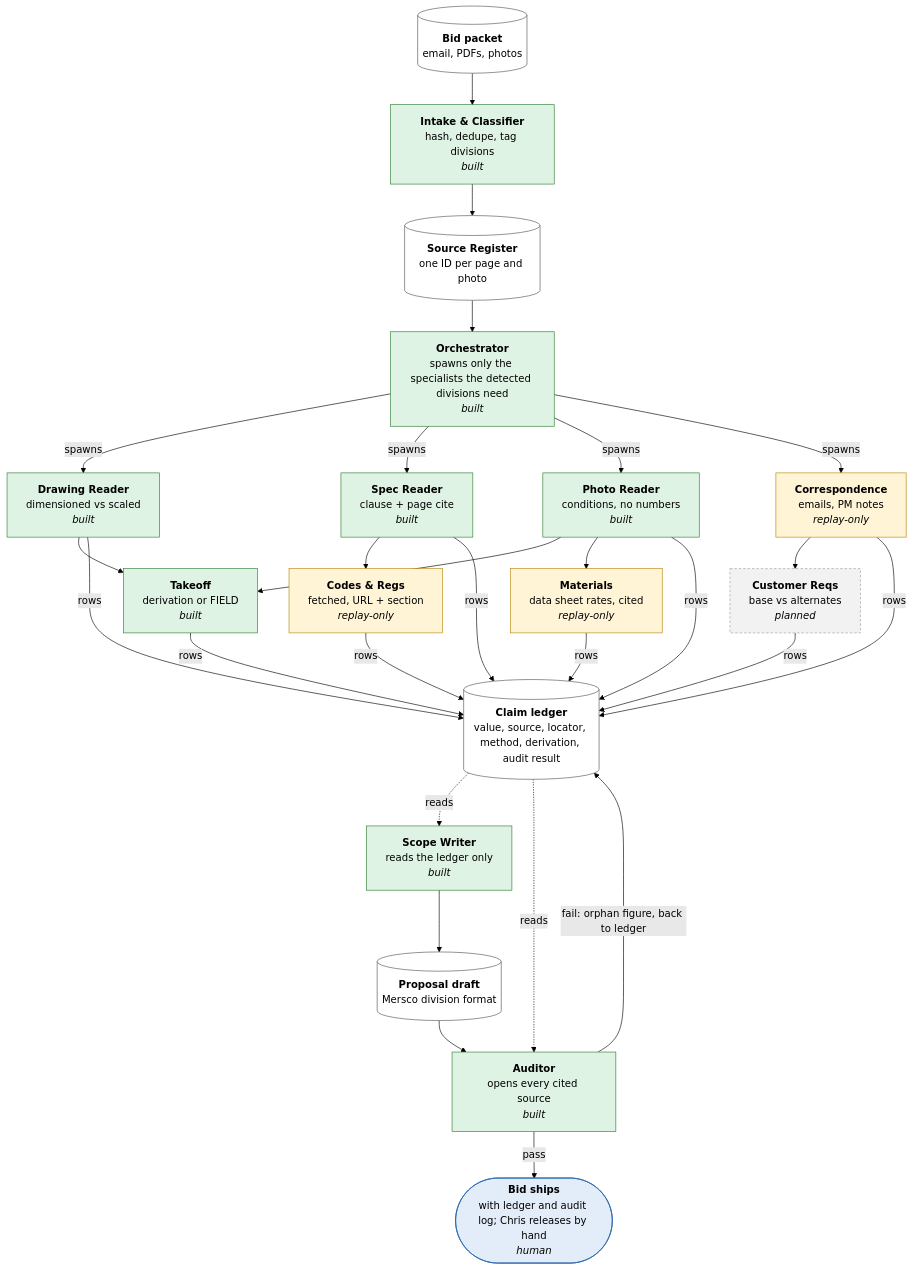
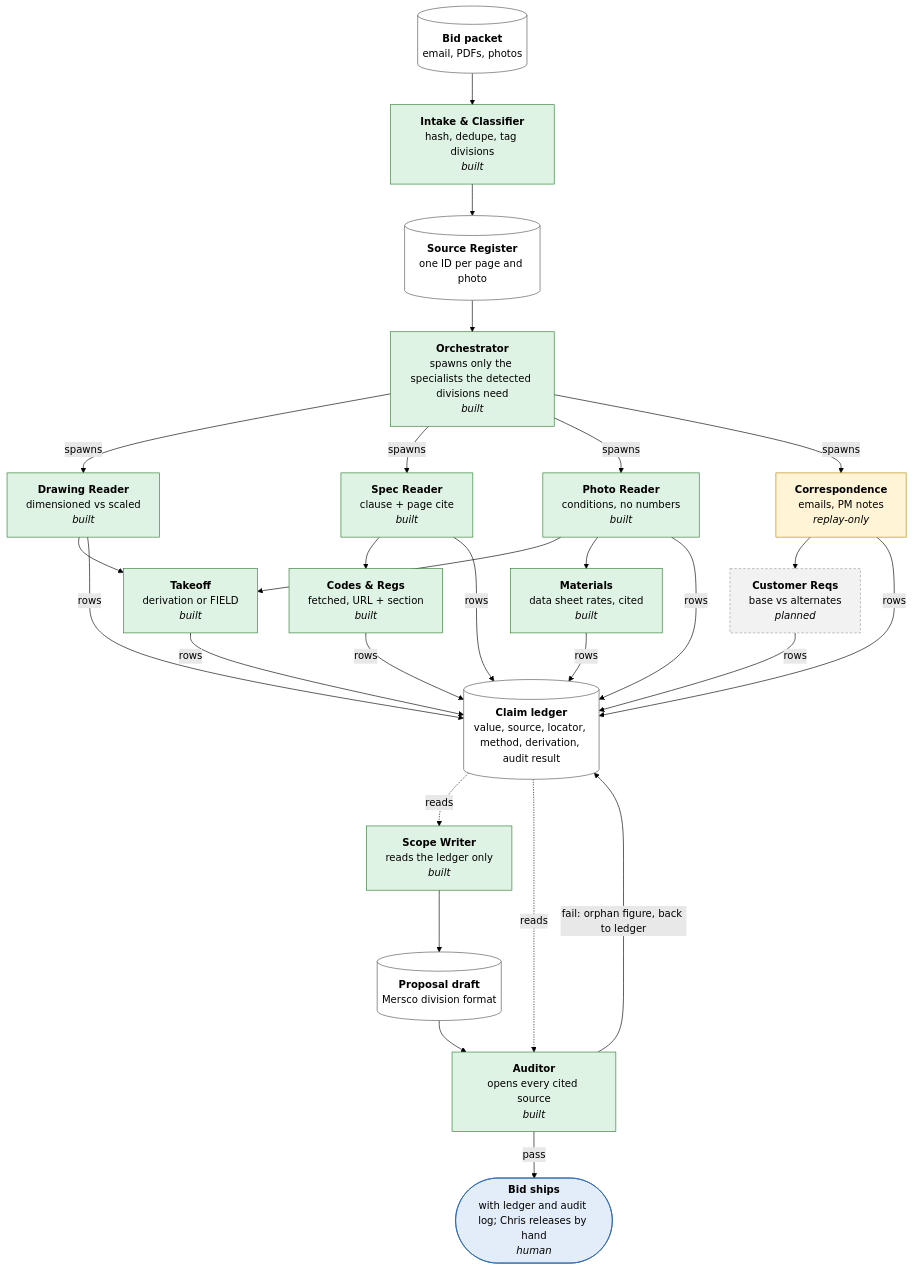
One commit to ScottyN000/ChrisBids changed the diagram in docs/pipeline-dag.md. Above: the diagram before and after it, drawn with Mermaid (forest theme). The commit also changed other lines of this file and 2 other files, not shown here.

Commit message:
Phase 4: Codes & Regs and Materials are built; the live web gate passes
Live web gate on bb93e51 (run 37830835705) passed both jobs with every
compared ask answered: Nantucket 16 of 16, Ocean Beach 15 of 15, no wrong
answer. The DAG marks both agents built, and the README describes the spare
runs and the gate as they now are.

Claude-Session: https://claude.ai/code/session_018PfaY6A4eZgfeXMf5PfgK5

````diff
--- a/docs/pipeline-dag.md
+++ b/docs/pipeline-dag.md
@@ -9,56 +9,56 @@
 ```mermaid
 flowchart TD
     packet[("<b>Bid packet</b><br/>email, PDFs, photos")]
     intake["<b>Intake & Classifier</b><br/>hash, dedupe, tag divisions<br/><i>built</i>"]
     register[("<b>Source Register</b><br/>one ID per page and photo")]
     orchestrator["<b>Orchestrator</b><br/>spawns only the specialists the detected divisions need<br/><i>built</i>"]
     drawing["<b>Drawing Reader</b><br/>dimensioned vs scaled<br/><i>built</i>"]
     spec["<b>Spec Reader</b><br/>clause + page cite<br/><i>built</i>"]
     photo["<b>Photo Reader</b><br/>conditions, no numbers<br/><i>built</i>"]
     correspondence["<b>Correspondence</b><br/>emails, PM notes<br/><i>replay-only</i>"]
     takeoff["<b>Takeoff</b><br/>derivation or FIELD<br/><i>built</i>"]
-    codes["<b>Codes & Regs</b><br/>fetched, URL + section<br/><i>replay-only</i>"]
-    materials["<b>Materials</b><br/>data sheet rates, cited<br/><i>replay-only</i>"]
+    codes["<b>Codes & Regs</b><br/>fetched, URL + section<br/><i>built</i>"]
+    materials["<b>Materials</b><br/>data sheet rates, cited<br/><i>built</i>"]
     customer["<b>Customer Reqs</b><br/>base vs alternates<br/><i>planned</i>"]
     ledger[("<b>Claim ledger</b><br/>value, source, locator, method, derivation, audit result")]
     scope_writer["<b>Scope Writer</b><br/>reads the ledger only<br/><i>built</i>"]
     draft[("<b>Proposal draft</b><br/>Mersco division format")]
     auditor["<b>Auditor</b><br/>opens every cited source<br/><i>built</i>"]
     ships(["<b>Bid ships</b><br/>with ledger and audit log; Chris releases by hand<br/><i>human</i>"])
     packet --> intake
     intake --> register
     register --> orchestrator
     orchestrator -->|spawns| drawing
     orchestrator -->|spawns| spec
     orchestrator -->|spawns| photo
     orchestrator -->|spawns| correspondence
     drawing --> takeoff
     photo --> takeoff
     spec --> codes
     photo --> materials
     correspondence --> customer
     drawing -->|rows| ledger
     spec -->|rows| ledger
     photo -->|rows| ledger
     correspondence -->|rows| ledger
     takeoff -->|rows| ledger
     codes -->|rows| ledger
     materials -->|rows| ledger
     customer -->|rows| ledger
     ledger -.->|reads| scope_writer
     scope_writer --> draft
     draft --> auditor
     ledger -.->|reads| auditor
     auditor -->|fail: orphan figure, back to ledger| ledger
     auditor -->|pass| ships
     classDef built fill:#dff3e4,stroke:#2e7d32
     classDef replay fill:#fff4d6,stroke:#b8860b
     classDef planned fill:#f2f2f2,stroke:#9e9e9e,stroke-dasharray: 4 3
     classDef human fill:#e3edf9,stroke:#1f5fa8
     classDef data fill:#ffffff,stroke:#555
-    class intake,orchestrator,drawing,spec,photo,takeoff,scope_writer,auditor built
-    class correspondence,codes,materials replay
+    class intake,orchestrator,drawing,spec,photo,takeoff,codes,materials,scope_writer,auditor built
+    class correspondence replay
     class customer planned
     class ships human
     class packet,register,ledger,draft data
 ```
````
